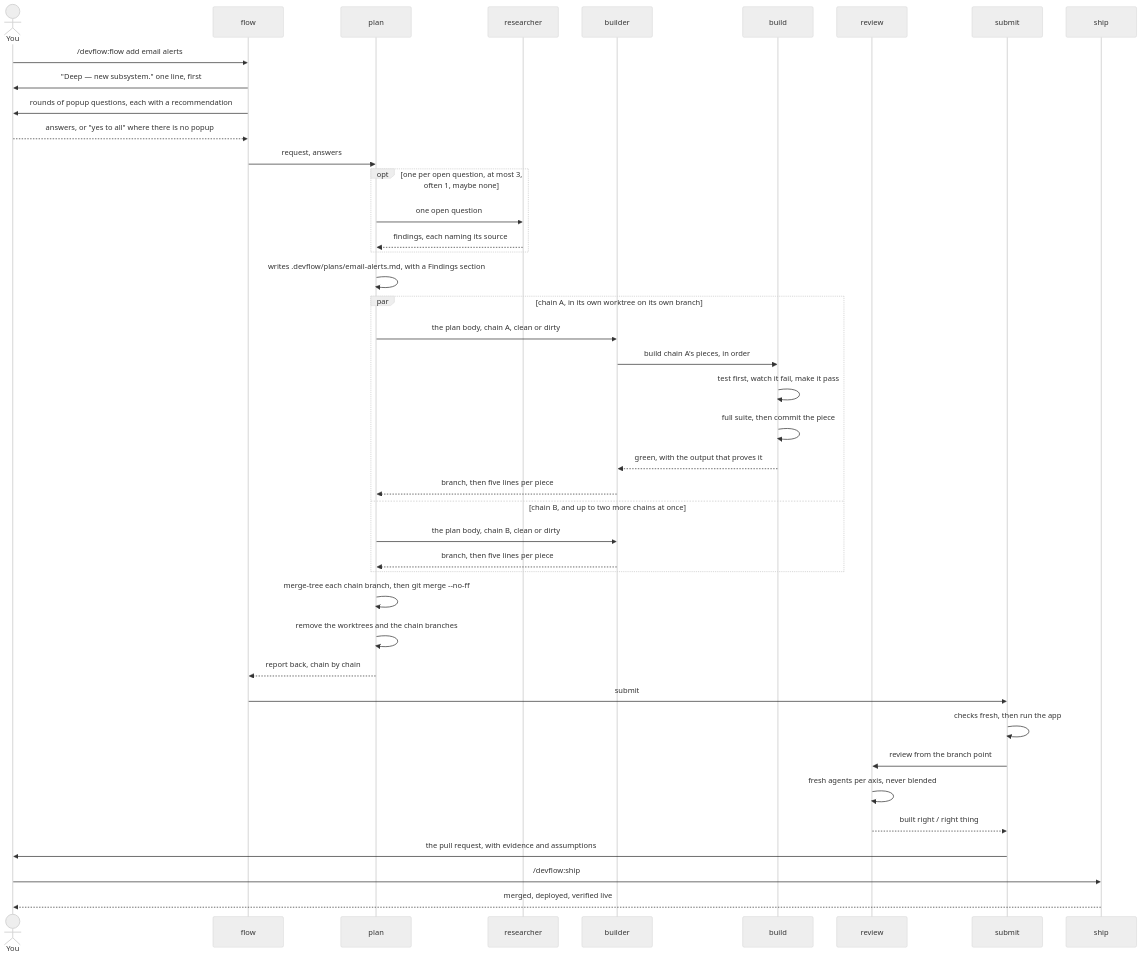
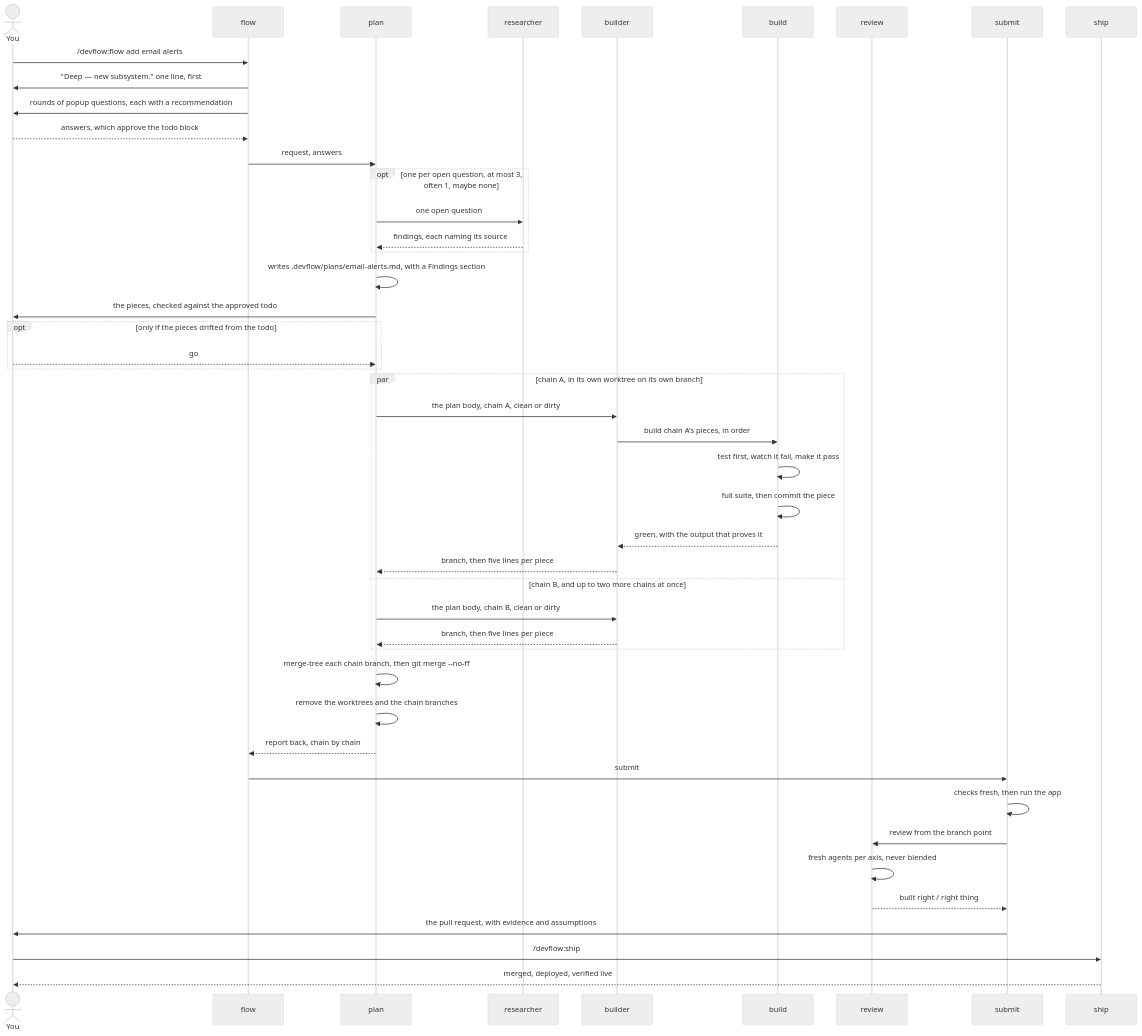
One commit to eddiechok/agent-devflow changed the second of 2 diagrams in docs/pipeline.md. Above: the diagram before and after it, drawn with Mermaid (neutral theme). The commit also changed other lines of this file and 14 other files, not shown here.

First line of the commit message:
feat(flow,plan): wait for go before work starts on Standard and Deep (#99)

````diff
--- a/docs/pipeline.md
+++ b/docs/pipeline.md
@@ -95,47 +95,51 @@
 ```mermaid
 sequenceDiagram
     actor You
     participant flow
     participant plan
     participant researcher
     participant builder
     participant build
     participant review
     participant submit
     participant ship
 
     You->>flow: /devflow:flow add email alerts
     flow->>You: "Deep — new subsystem." one line, first
     flow->>You: rounds of popup questions, each with a recommendation
-    You-->>flow: answers, or "yes to all" where there is no popup
+    You-->>flow: answers, which approve the todo block
     flow->>plan: request, answers
     opt one per open question, at most 3, often 1, maybe none
         plan->>researcher: one open question
         researcher-->>plan: findings, each naming its source
     end
     plan->>plan: writes .devflow/plans/email-alerts.md, with a Findings section
+    plan->>You: the pieces, checked against the approved todo
+    opt only if the pieces drifted from the todo
+        You-->>plan: go
+    end
 
     par chain A, in its own worktree on its own branch
         plan->>builder: the plan body, chain A, clean or dirty
         builder->>build: build chain A's pieces, in order
         build->>build: test first, watch it fail, make it pass
         build->>build: full suite, then commit the piece
         build-->>builder: green, with the output that proves it
         builder-->>plan: branch, then five lines per piece
     and chain B, and up to two more chains at once
         plan->>builder: the plan body, chain B, clean or dirty
         builder-->>plan: branch, then five lines per piece
     end
 
     plan->>plan: merge-tree each chain branch, then git merge --no-ff
     plan->>plan: remove the worktrees and the chain branches
     plan-->>flow: report back, chain by chain
     flow->>submit: submit
     submit->>submit: checks fresh, then run the app
     submit->>review: review from the branch point
     review->>review: fresh agents per axis, never blended
     review-->>submit: built right / right thing
     submit->>You: the pull request, with evidence and assumptions
     You->>ship: /devflow:ship
     ship-->>You: merged, deployed, verified live
 ```
````
